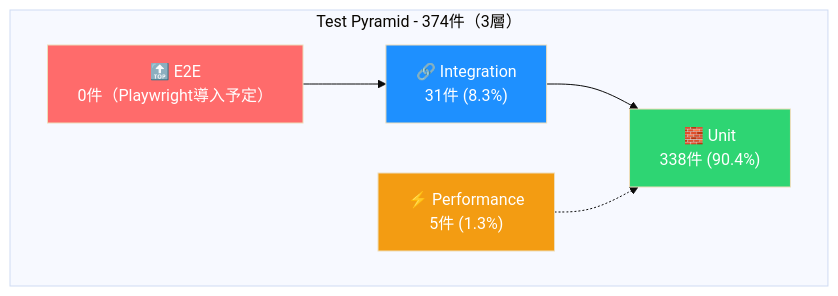
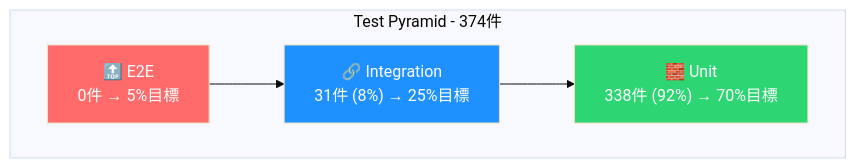
One commit to yaoki-dev/api-test-devops-portfolio changed the second of 2 diagrams in README.md. Above: the diagram before and after it, drawn with Mermaid (base theme). The commit also changed other lines of this file, not shown here.

````diff
--- a/README.md
+++ b/README.md
@@ -268,18 +268,13 @@
 ```mermaid
 graph TB
-    subgraph "Test Pyramid - 374件（3層）"
-        E2E["🔝 E2E<br/>0件（Playwright導入予定）"]
-        Integration["🔗 Integration<br/>31件 (8.3%)"]
-        Unit["🧱 Unit<br/>338件 (90.4%)"]
-        Performance["⚡ Performance<br/>5件 (1.3%)"]
+    subgraph "Test Pyramid - 374件"
+        E2E["🔝 E2E<br/>0件 → 5%目標"]
+        Integration["🔗 Integration<br/>31件 (8%) → 25%目標"]
+        Unit["🧱 Unit<br/>338件 (92%) → 70%目標"]
     end
-
-    E2E --> Integration
-    Integration --> Unit
-    Performance -.-> Unit
+    E2E --> Integration --> Unit
 
     style E2E fill:#ff6b6b,color:#fff
     style Integration fill:#1e90ff,color:#fff
     style Unit fill:#2ed573,color:#fff
-    style Performance fill:#f39c12,color:#fff
 ```
````
